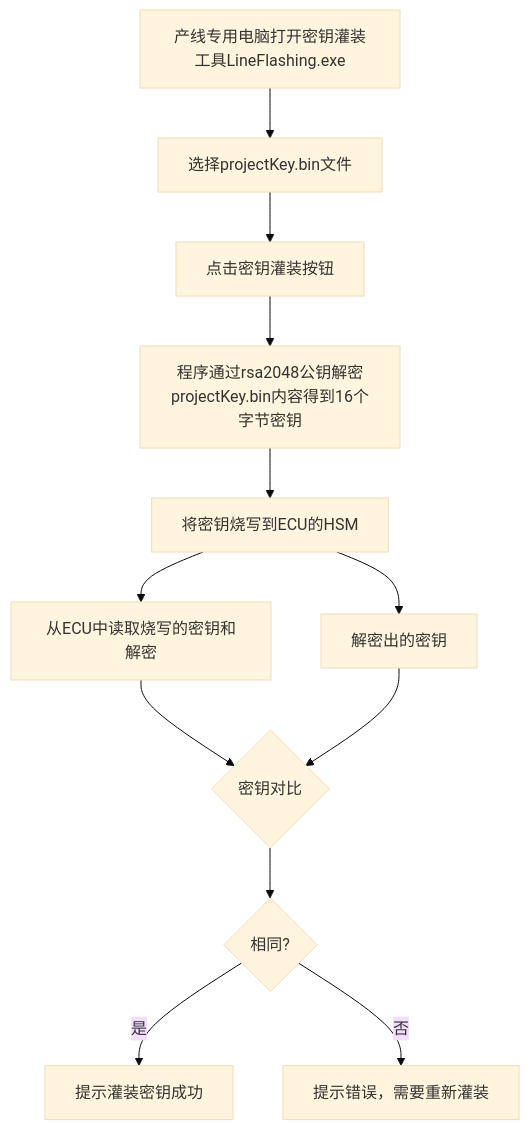
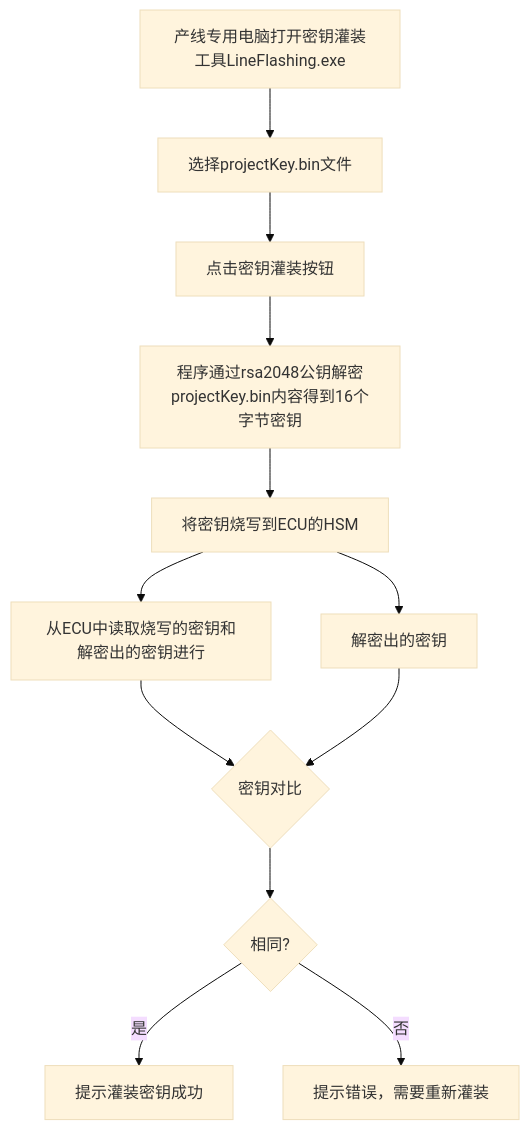
The diagram in all/未命名-5.md (facebook-cloud/iodraw-files), drawn with Mermaid (base theme) before and after one commit.

Commit message:
2026-01-05 17:32:49 update

````diff
--- a/all/未命名-5.md
+++ b/all/未命名-5.md
@@ -1,15 +1,15 @@
 ```mermaid
 graph TD
     A[产线专用电脑打开密钥灌装工具LineFlashing.exe] --> B[选择projectKey.bin文件]
     B --> C[点击密钥灌装按钮]
     C --> E[程序通过rsa2048公钥解密projectKey.bin内容得到16个字节密钥]
     E --> F[将密钥烧写到ECU的HSM]
-    F --> G[从ECU中读取烧写的密钥和解密]
+    F --> G[从ECU中读取烧写的密钥和解密出的密钥进行]
     F --> H[解密出的密钥]
     G --> I{密钥对比}
     H --> I
     I --> J{相同?}
     J -- 是 --> K[提示灌装密钥成功]
     J -- 否 --> L[提示错误，需要重新灌装]
 
 ```
````
